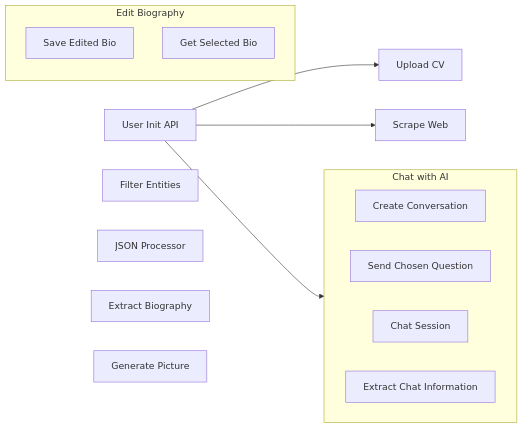
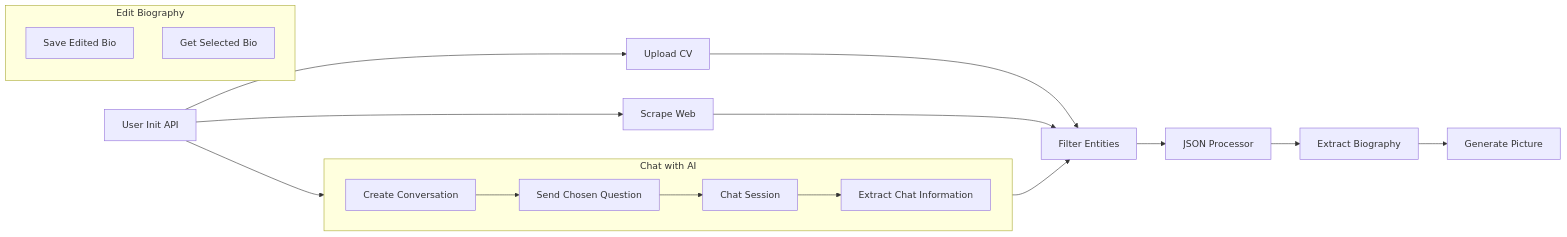
Before and after one commit to KarreraAI/knowledge-base: the diagram in docs/Personal-AI-APIs.md, drawn with Mermaid.

````diff
--- a/docs/Personal-AI-APIs.md
+++ b/docs/Personal-AI-APIs.md
@@ -3,25 +3,34 @@
 ```mermaid
 graph LR
     A[User Init API]
     B[Upload CV]
     C[Scrape Web]
     subgraph Chat with AI
         direction LR
         D1[Create Conversation]
         D2[Send Chosen Question]
         D3[Chat Session]
         D4[Extract Chat Information]
     end
     E[Filter Entities]
     F[JSON Processor]
     G[Extract Biography]
     H[Generate Picture]
     subgraph Edit Biography
         I1[Save Edited Bio]
         I2[Get Selected Bio]
     end
     
     A --> B
     A --> C
-    A --> D1 
+    A --> D1
+    D1 --> D2
+    D2 --> D3
+    D3 --> D4
+    B --> E
+    C --> E
+    D4 --> E
+    E --> F
+    F --> G
+    G --> H 
 ```
````
